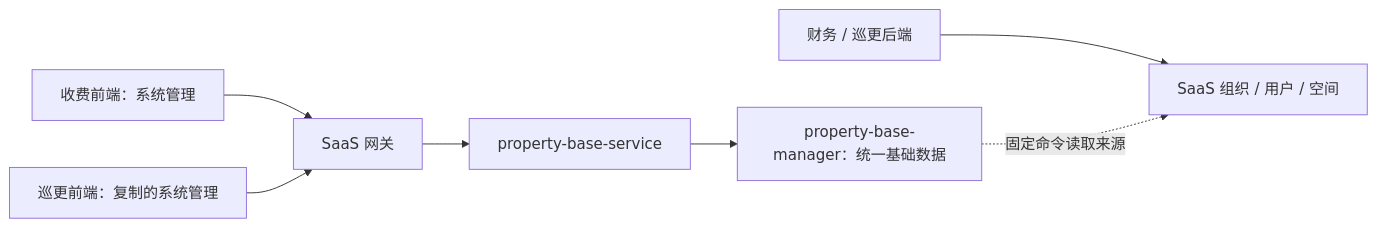
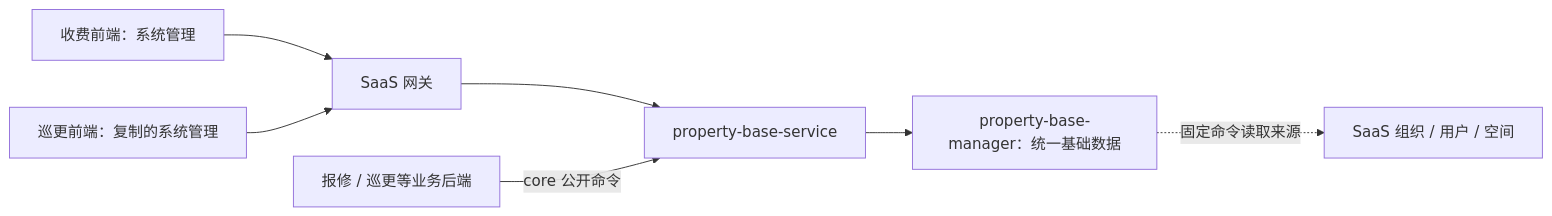
Before and after one commit to jetlinks-v2/property-management: the diagram in modules/property-base/系统管理模块前后端开发与复用规范.md, drawn with Mermaid. The commit also changed other lines of this file and 8 other files, not shown here.

````diff
--- a/modules/property-base/系统管理模块前后端开发与复用规范.md
+++ b/modules/property-base/系统管理模块前后端开发与复用规范.md
@@ -16,9 +16,9 @@
 ```mermaid
 flowchart LR
     A[收费前端：系统管理] --> G[SaaS 网关]
     B[巡更前端：复制的系统管理] --> G
     G --> P[property-base-service]
     P --> M[property-base-manager：统一基础数据]
-    F[财务 / 巡更后端] --> S[SaaS 组织 / 用户 / 空间]
+    F[报修 / 巡更等业务后端] -->|core 公开命令| P
     M -. 固定命令读取来源 .-> S[SaaS 组织 / 用户 / 空间]
 ```
````
